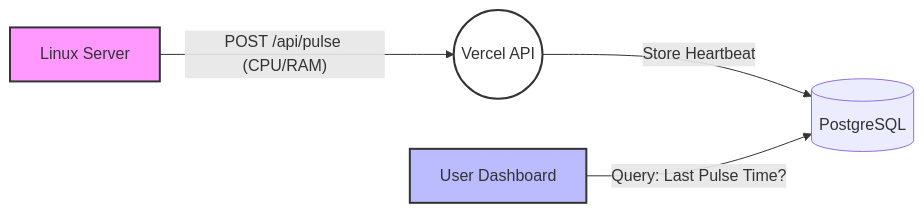
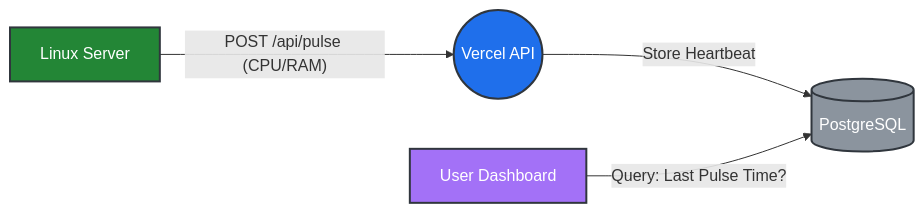
The diagram in README.md (mahou-anisphia/quasar), drawn with Mermaid before and after one commit. The commit also changed other lines of this file and 30 other files, not shown here.

````diff
--- a/README.md
+++ b/README.md
@@ -34,10 +34,10 @@
 ```mermaid
 graph LR
     A[Linux Server] -- "POST /api/pulse (CPU/RAM)" --> B((Vercel API))
     B -- "Store Heartbeat" --> C[(PostgreSQL)]
     D[User Dashboard] -- "Query: Last Pulse Time?" --> C
-
-    style A fill:#f9f,stroke:#333,stroke-width:2px
-    style B fill:#fff,stroke:#333,stroke-width:2px
-    style D fill:#bbf,stroke:#333,stroke-width:2px
+    style A fill:#238636,stroke:#30363d,stroke-width:2px,color:#ffffff
+    style B fill:#1f6feb,stroke:#30363d,stroke-width:2px,color:#ffffff
+    style C fill:#8b949e,stroke:#30363d,stroke-width:2px,color:#ffffff
+    style D fill:#a371f7,stroke:#30363d,stroke-width:2px,color:#ffffff
 ```
````
